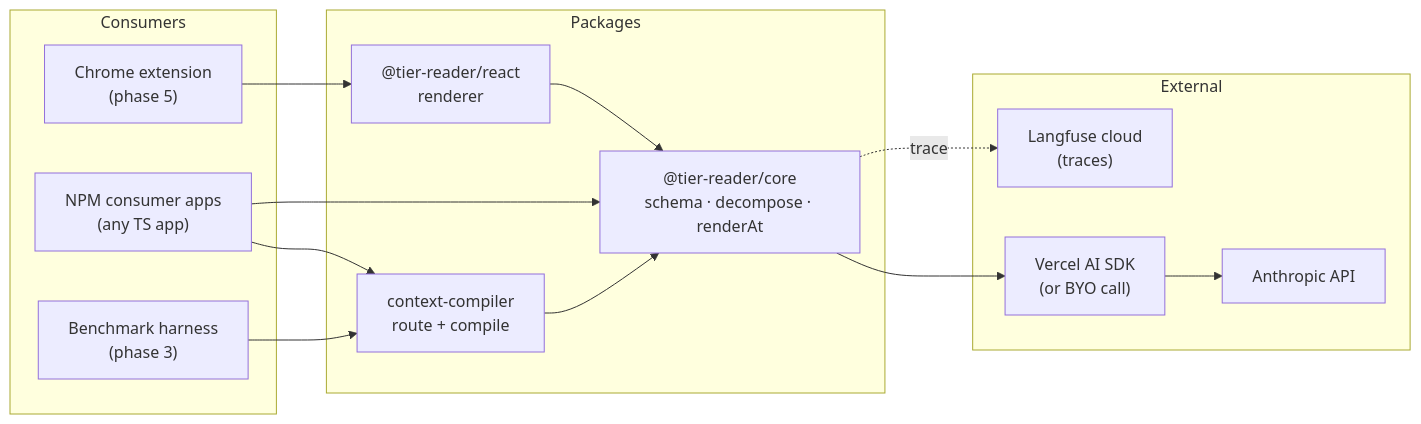
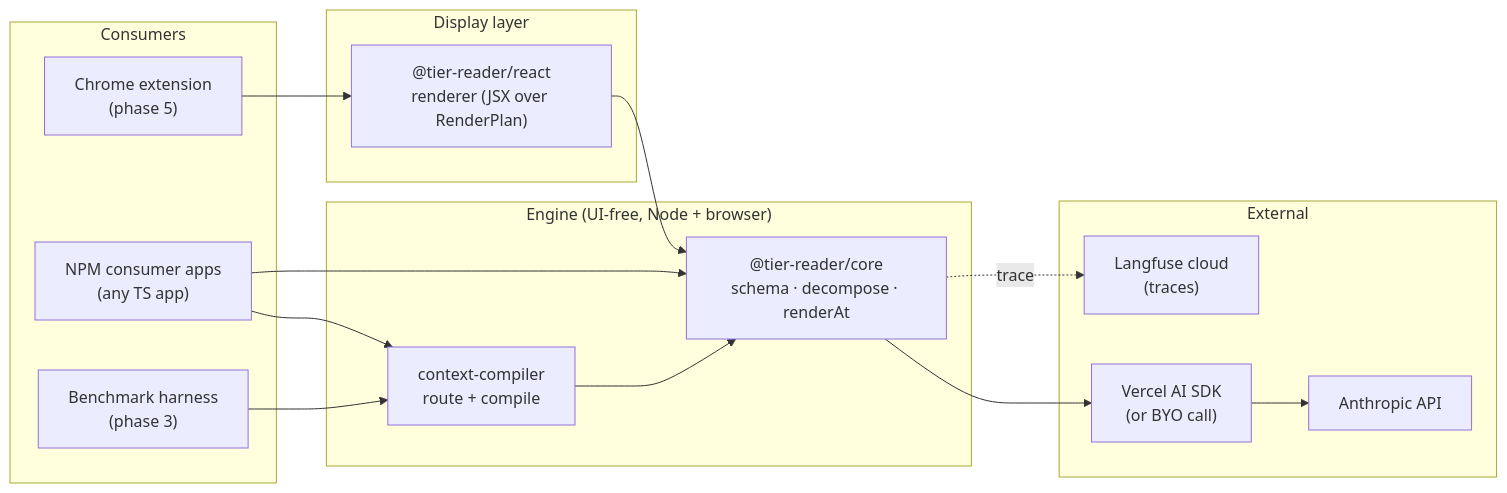
Before and after one commit to nazgula/tier-reader: the diagram in docs/architecture.md, drawn with Mermaid.

Commit message:
Architecture: split display layer from engine in flowchart

````diff
--- a/docs/architecture.md
+++ b/docs/architecture.md
@@ -7,30 +7,33 @@
 ```mermaid
 flowchart LR
   subgraph Consumers
     EXT["Chrome extension<br/>(phase 5)"]
     NPM["NPM consumer apps<br/>(any TS app)"]
     BENCH["Benchmark harness<br/>(phase 3)"]
   end
 
-  subgraph Packages
-    REACT["@tier-reader/react<br/>renderer"]
+  subgraph Display["Display layer"]
+    REACT["@tier-reader/react<br/>renderer (JSX over RenderPlan)"]
+  end
+
+  subgraph Engine["Engine (UI-free, Node + browser)"]
     CC["context-compiler<br/>route + compile"]
     CORE["@tier-reader/core<br/>schema · decompose · renderAt"]
   end
 
   subgraph External
     AISDK["Vercel AI SDK<br/>(or BYO call)"]
     ANTH["Anthropic API"]
     LF["Langfuse cloud<br/>(traces)"]
   end
 
   EXT --> REACT
   NPM --> CC
   NPM --> CORE
   BENCH --> CC
   REACT --> CORE
   CC --> CORE
   CORE --> AISDK
   AISDK --> ANTH
   CORE -. trace .-> LF
 ```
````
